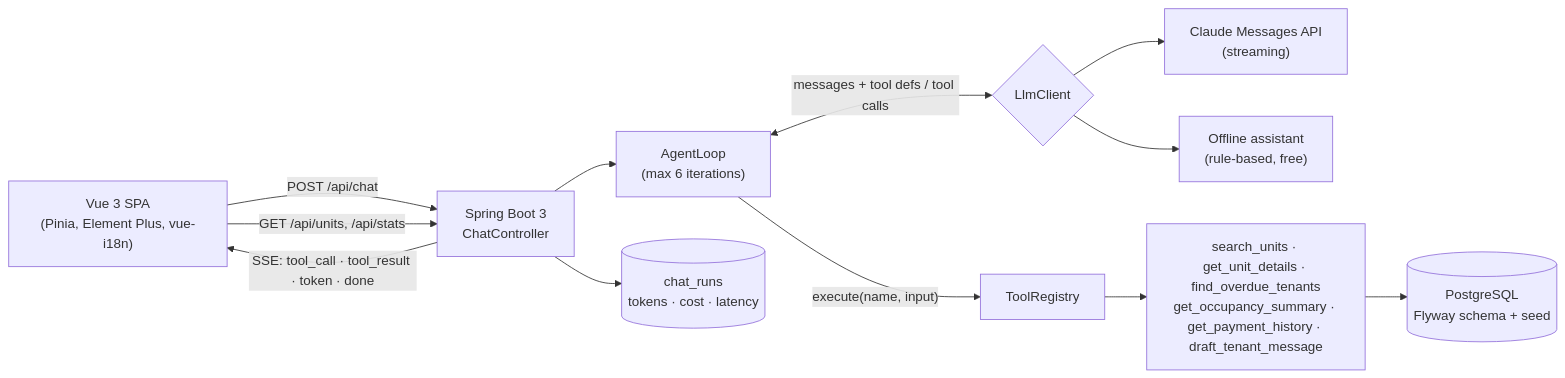
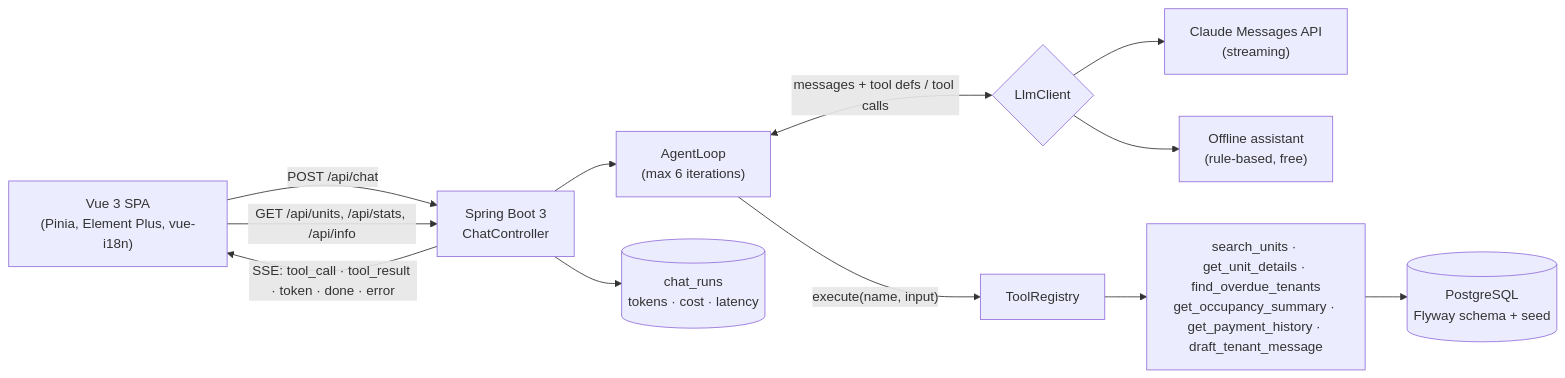
One commit to NguyenMinhDuc98/proppilot changed the diagram in README.md. Above: the diagram before and after it, drawn with Mermaid. The commit also changed other lines of this file and 2 other files, not shown here.

````diff
--- a/README.md
+++ b/README.md
@@ -25,14 +26,14 @@
 ```mermaid
 flowchart LR
     UI["Vue 3 SPA<br/>(Pinia, Element Plus, vue-i18n)"] -- "POST /api/chat" --> API["Spring Boot 3<br/>ChatController"]
-    API -- "SSE: tool_call · tool_result · token · done" --> UI
+    API -- "SSE: tool_call · tool_result · token · done · error" --> UI
     API --> LOOP["AgentLoop<br/>(max 6 iterations)"]
     LOOP <-- "messages + tool defs / tool calls" --> LLM{"LlmClient"}
     LLM --> CLAUDE["Claude Messages API<br/>(streaming)"]
     LLM --> OFFLINE["Offline assistant<br/>(rule-based, free)"]
     LOOP -- "execute(name, input)" --> REG["ToolRegistry"]
     REG --> T["search_units · get_unit_details · find_overdue_tenants<br/>get_occupancy_summary · get_payment_history · draft_tenant_message"]
     T --> DB[("PostgreSQL<br/>Flyway schema + seed")]
     API --> RUNS[("chat_runs<br/>tokens · cost · latency")]
-    UI -- "GET /api/units, /api/stats" --> API
+    UI -- "GET /api/units, /api/stats, /api/info" --> API
 ```
````
